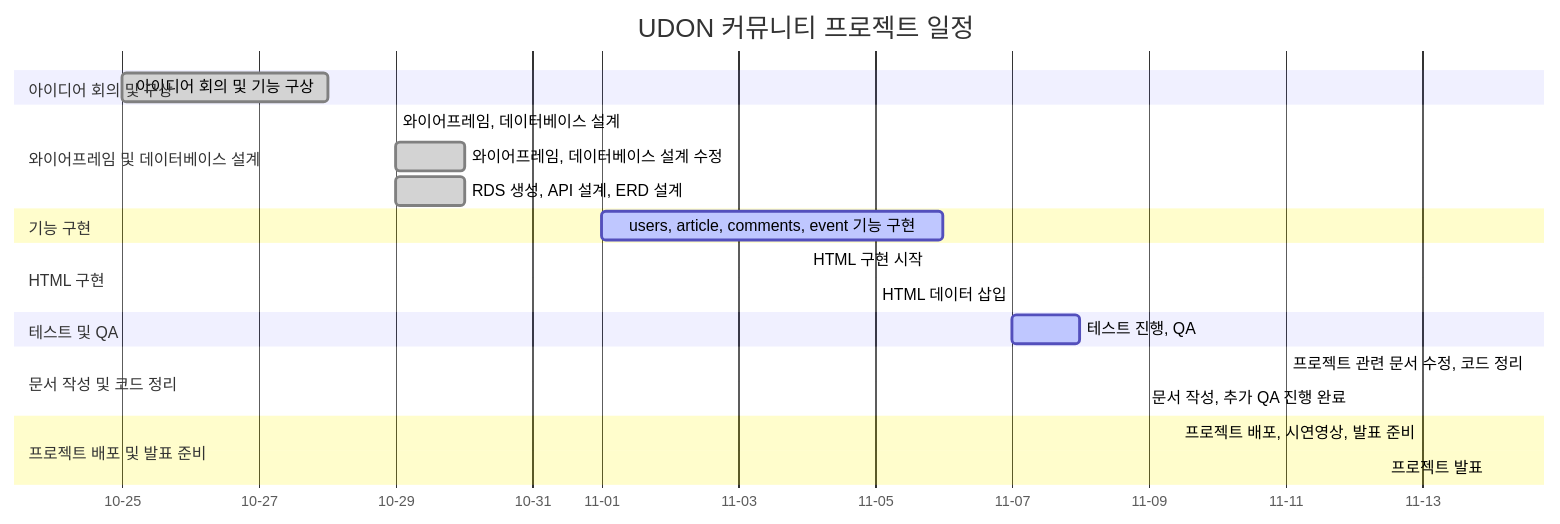
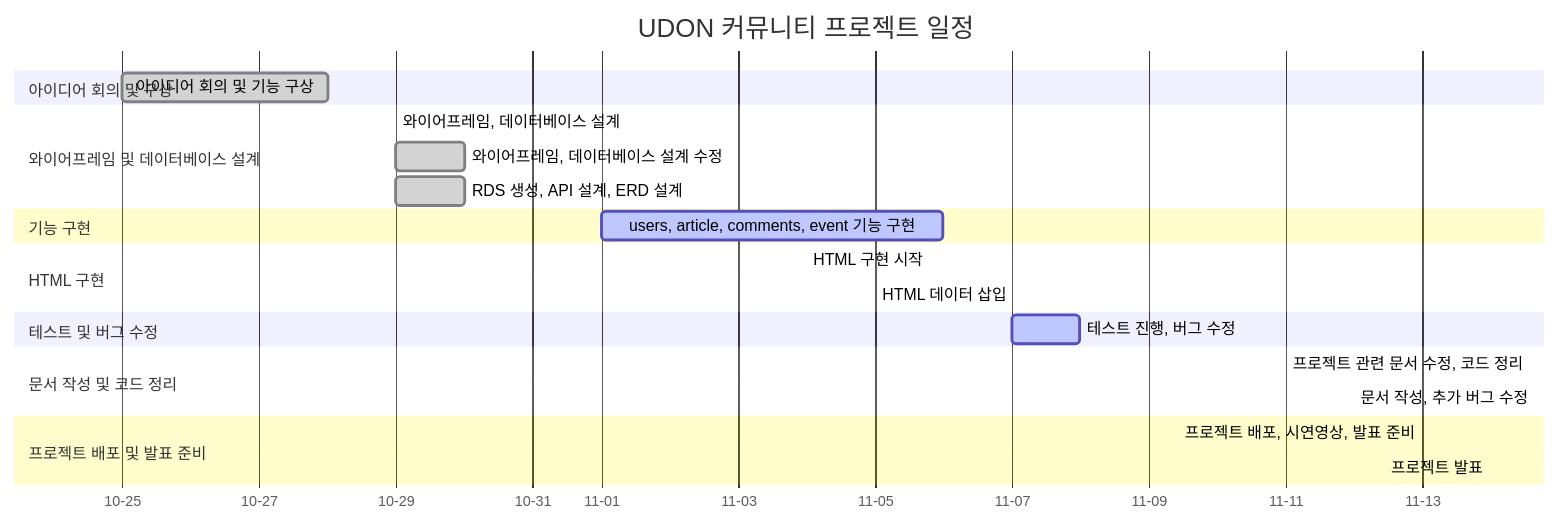
Before and after one commit to Estsoft-Udon/Udon_Community: the diagram in README.md, drawn with Mermaid. The commit also changed other lines of this file, not shown here.

````diff
--- a/README.md
+++ b/README.md
@@ -24,32 +28,32 @@
 ```mermaid
 gantt
     title UDON 커뮤니티 프로젝트 일정
     dateFormat  YYYY-MM-DD
     axisFormat  %m-%d
 
     section 아이디어 회의 및 구상
     아이디어 회의 및 기능 구상 :done, 2024-10-25, 2024-10-28
 
     section 와이어프레임 및 데이터베이스 설계
     와이어프레임, 데이터베이스 설계 :done, 2024-10-29, 2024-10-29
     와이어프레임, 데이터베이스 설계 수정 :done, 2024-10-29, 2024-10-30
     RDS 생성, API 설계, ERD 설계 :done, 2024-10-29, 2024-10-30
 
     section 기능 구현
     users, article, comments, event 기능 구현 :active, 2024-11-01, 2024-11-06
 
     section HTML 구현
     HTML 구현 시작 :active, 2024-11-04, 2024-11-04
     HTML 데이터 삽입 :active, 2024-11-05, 2024-11-05
 
-    section 테스트 및 QA
-    테스트 진행, QA :active, 2024-11-07, 2024-11-08
+    section 테스트 및 버그 수정
+    테스트 진행, 버그 수정 :active, 2024-11-07, 2024-11-08
 
     section 문서 작성 및 코드 정리
     프로젝트 관련 문서 수정, 코드 정리 :done, 2024-11-11, 2024-11-11
-    문서 작성, 추가 QA 진행 완료 :done, 2024-11-12, 2024-11-12
+    문서 작성, 추가 버그 수정 :done, 2024-11-12, 2024-11-12
 
     section 프로젝트 배포 및 발표 준비
     프로젝트 배포, 시연영상, 발표 준비 :active, 2024-11-13, 2024-11-13
     프로젝트 발표 :active, 2024-11-14, 2024-11-14
 ```
````
